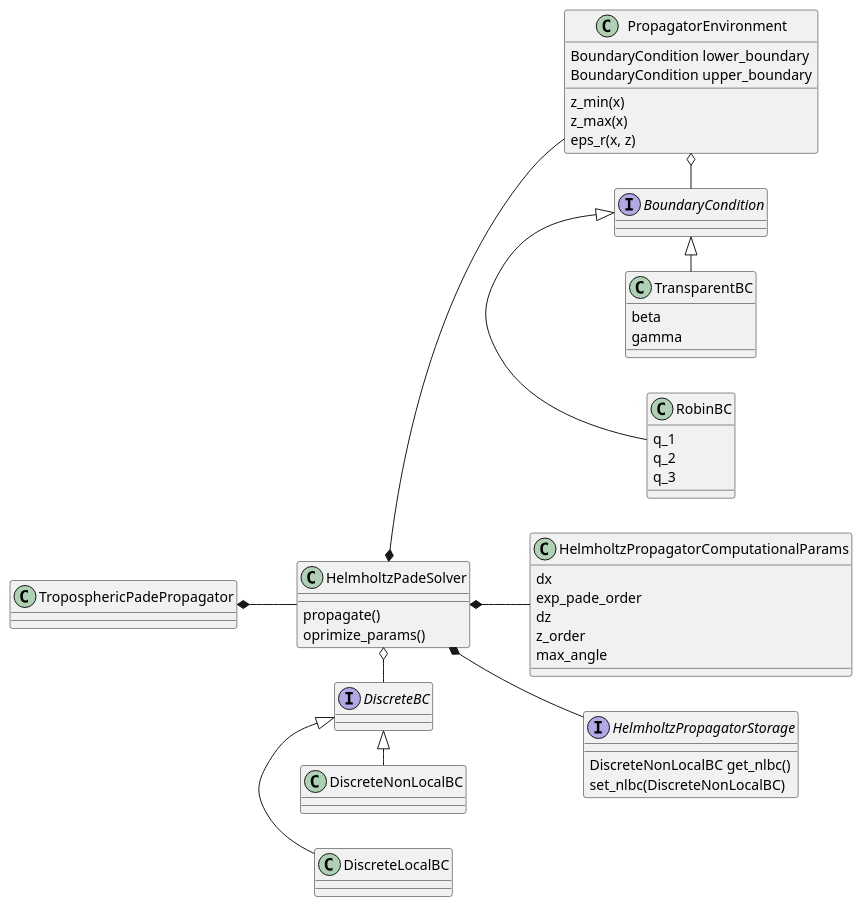
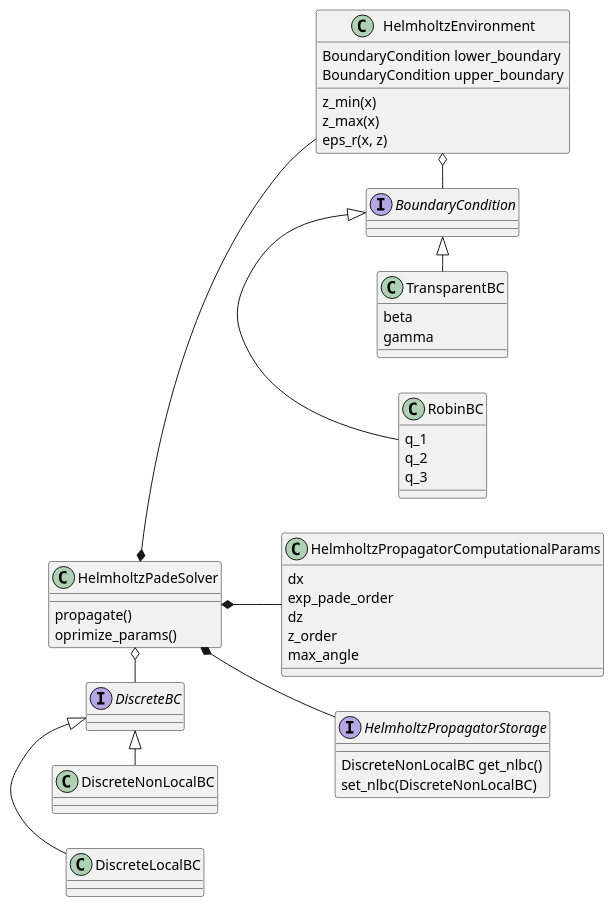
Before and after one commit to mikelytaev/wave-propagation: the diagram in examples/phd_thesis/wpclassdiag2.puml, drawn with PlantUML. The commit also changed 3 other files, not shown here.

Commit message:
uml diagrams fixes; elevated duct example fix

```diff
--- a/examples/phd_thesis/wpclassdiag2.puml
+++ b/examples/phd_thesis/wpclassdiag2.puml
@@ -1,72 +1,72 @@
 @startuml
 left to right direction
 
-TroposphericPadePropagator *--HelmholtzPadeSolver
+'TroposphericPadePropagator *--HelmholtzPadeSolver
 
 class HelmholtzPadeSolver {
     propagate()
     oprimize_params()
 }
 
 class HelmholtzPropagatorComputationalParams {
 dx
 exp_pade_order
 dz
 z_order
 max_angle
 }
 
 interface HelmholtzPropagatorStorage {
 DiscreteNonLocalBC get_nlbc()
 set_nlbc(DiscreteNonLocalBC)
 }
 
 HelmholtzPadeSolver *-- HelmholtzPropagatorComputationalParams
-HelmholtzPadeSolver *-- PropagatorEnvironment
+HelmholtzPadeSolver *-- HelmholtzEnvironment
 HelmholtzPadeSolver *-- HelmholtzPropagatorStorage
 HelmholtzPadeSolver o- DiscreteBC
 
 BoundaryCondition <|- RobinBC
 BoundaryCondition <|- TransparentBC
 
 interface BoundaryCondition {
 
 }
 
 class RobinBC {
 q_1
 q_2
 q_3
 }
 
 class TransparentBC {
 beta
 gamma
 }
 
 interface DiscreteBC {
 
 }
 
 class DiscreteLocalBC {
 
 }
 
 class DiscreteNonLocalBC {
 
 }
 
 DiscreteBC <|- DiscreteLocalBC
 DiscreteBC <|- DiscreteNonLocalBC
 
-PropagatorEnvironment o- BoundaryCondition
+HelmholtzEnvironment o- BoundaryCondition
 
-class PropagatorEnvironment {
+class HelmholtzEnvironment {
 BoundaryCondition lower_boundary
 BoundaryCondition upper_boundary
 z_min(x)
 z_max(x)
 eps_r(x, z)
 }
 
 @enduml
```
